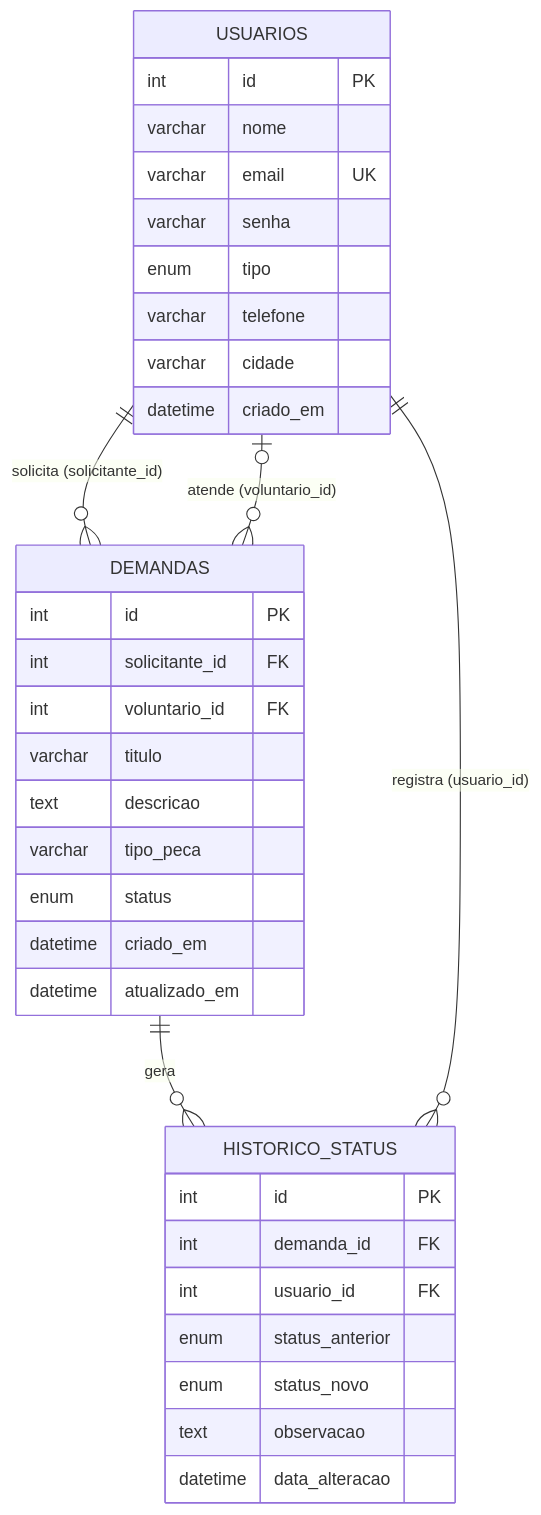
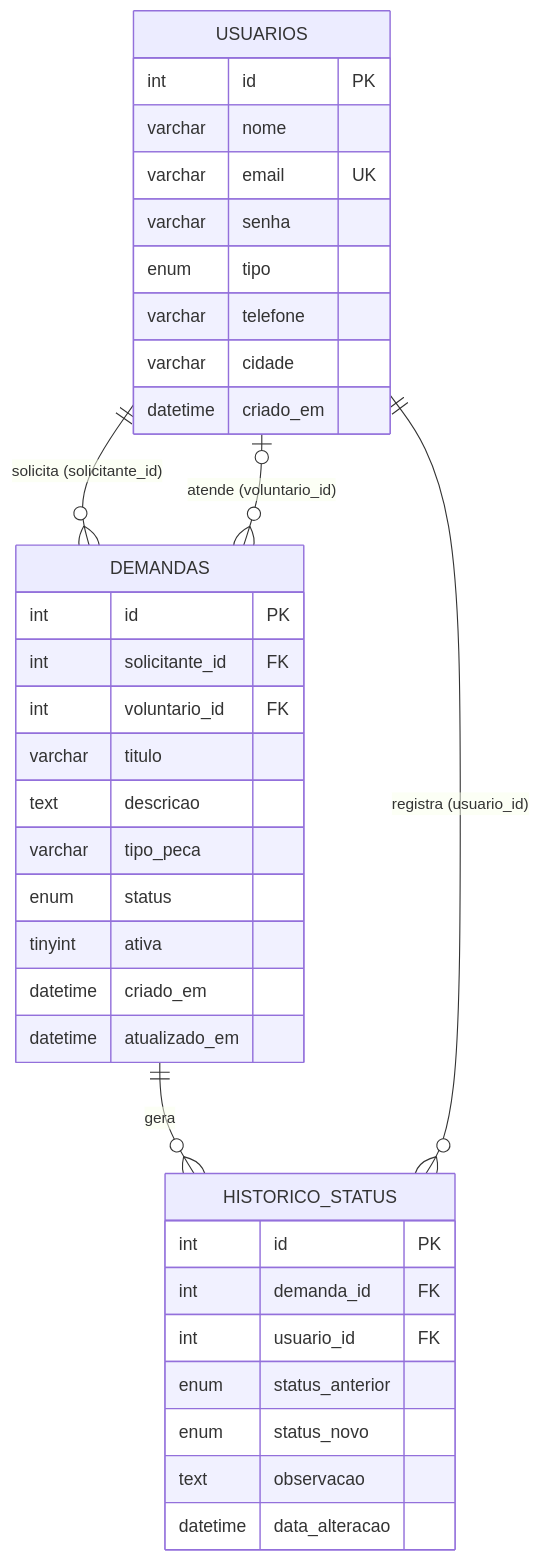
One commit to MirVilela/conecta3d changed the diagram in docs/estrutura_banco_de_dados.md. Above: the diagram before and after it, drawn with Mermaid. The commit also changed other lines of this file and 8 other files, not shown here.

````diff
--- a/docs/estrutura_banco_de_dados.md
+++ b/docs/estrutura_banco_de_dados.md
@@ -7,38 +7,39 @@
 ```mermaid
 erDiagram
   USUARIOS ||--o{ DEMANDAS : "solicita (solicitante_id)"
   USUARIOS |o--o{ DEMANDAS : "atende (voluntario_id)"
   DEMANDAS ||--o{ HISTORICO_STATUS : "gera"
   USUARIOS ||--o{ HISTORICO_STATUS : "registra (usuario_id)"
 
   USUARIOS {
     int id PK
     varchar nome
     varchar email UK
     varchar senha
     enum tipo
     varchar telefone
     varchar cidade
     datetime criado_em
   }
   DEMANDAS {
     int id PK
     int solicitante_id FK
     int voluntario_id FK
     varchar titulo
     text descricao
     varchar tipo_peca
     enum status
+    tinyint ativa
     datetime criado_em
     datetime atualizado_em
   }
   HISTORICO_STATUS {
     int id PK
     int demanda_id FK
     int usuario_id FK
     enum status_anterior
     enum status_novo
     text observacao
     datetime data_alteracao
   }
 ```
````
